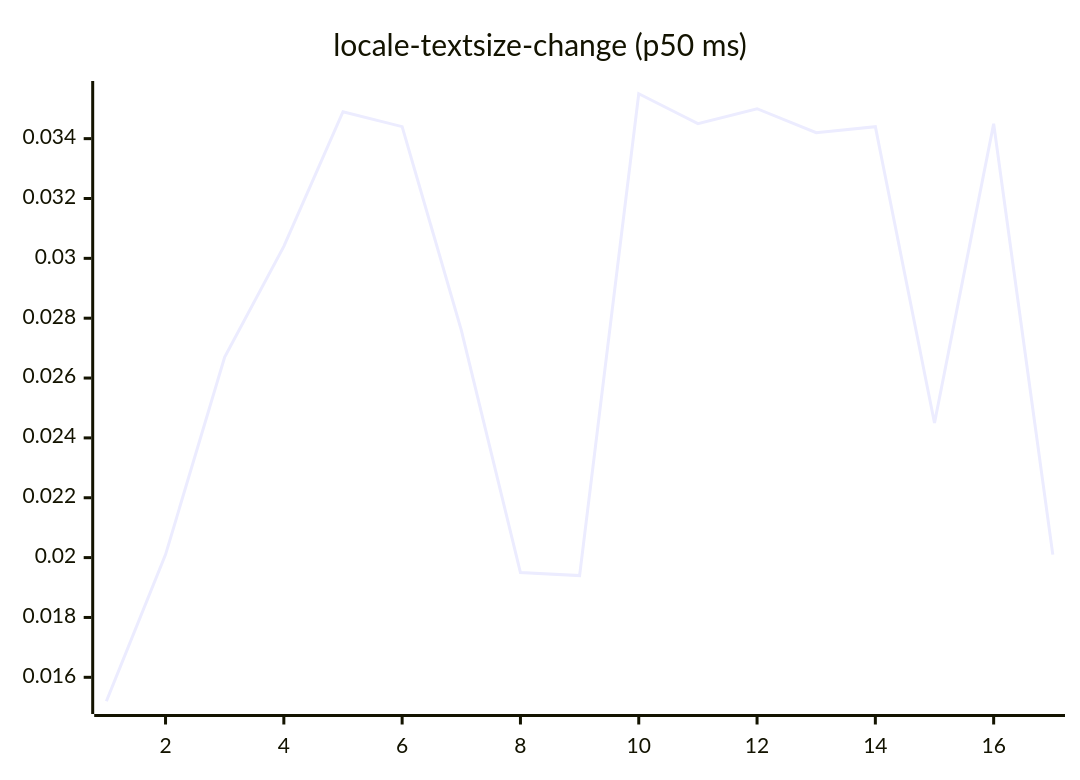
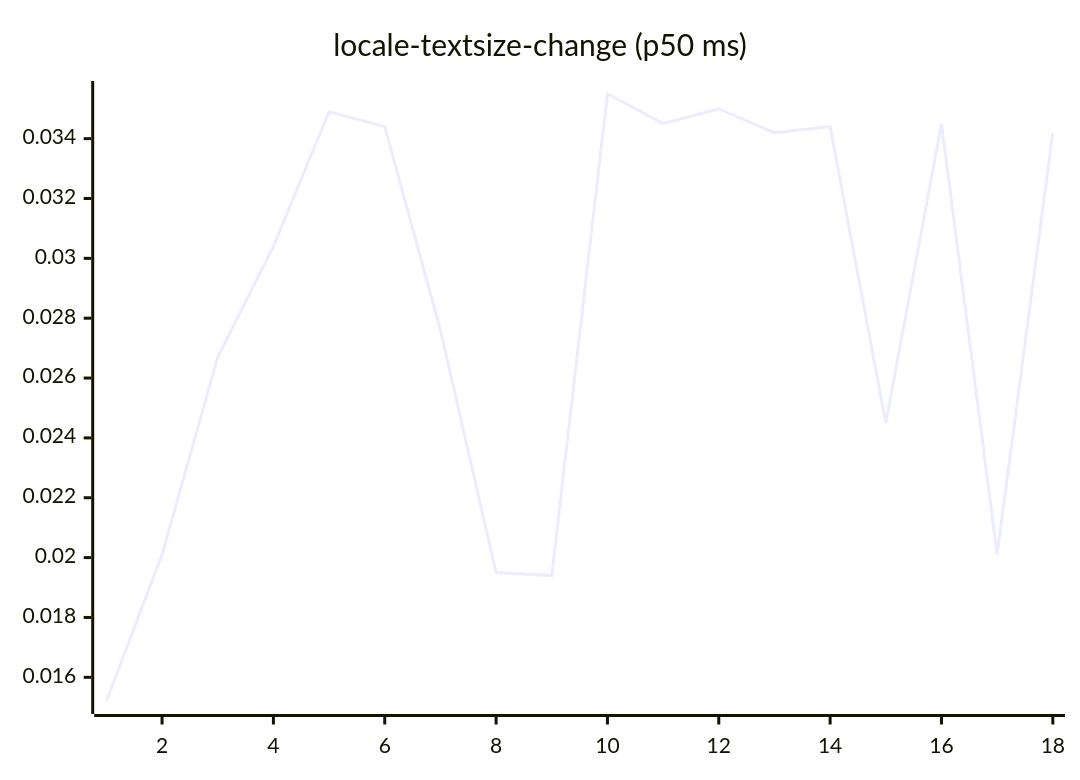
Before and after one commit to josha/Facet: diagram 13 of 27 in README.md, drawn with Mermaid. The commit also changed other lines of this file and 2 other files, not shown here.

````diff
--- a/README.md
+++ b/README.md
@@ -147,6 +147,6 @@
 ```mermaid
 xychart-beta
     title "locale-textsize-change (p50 ms)"
-    x-axis 1 --> 17
-    line [0.0152, 0.0201, 0.0267, 0.0304, 0.0349, 0.0344, 0.0276, 0.0195, 0.0194, 0.0355, 0.0345, 0.0350, 0.0342, 0.0344, 0.0245, 0.0345, 0.0201]
+    x-axis 1 --> 18
+    line [0.0152, 0.0201, 0.0267, 0.0304, 0.0349, 0.0344, 0.0276, 0.0195, 0.0194, 0.0355, 0.0345, 0.0350, 0.0342, 0.0344, 0.0245, 0.0345, 0.0201, 0.0342]
 ```
````
